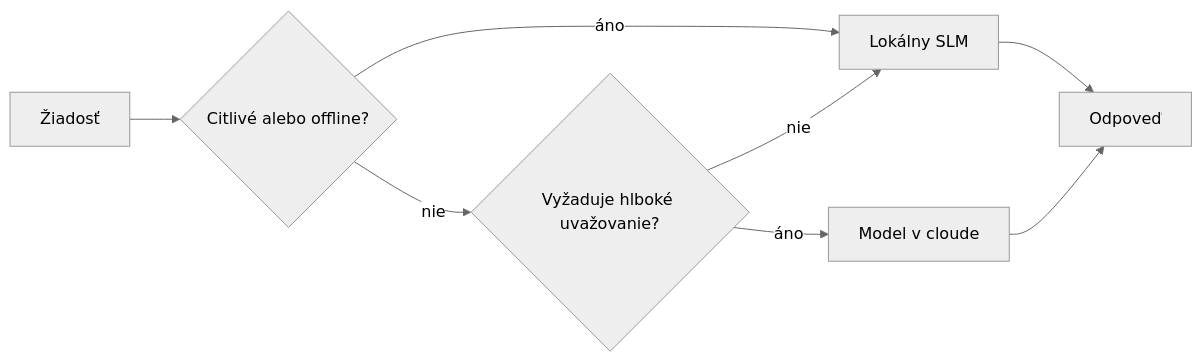
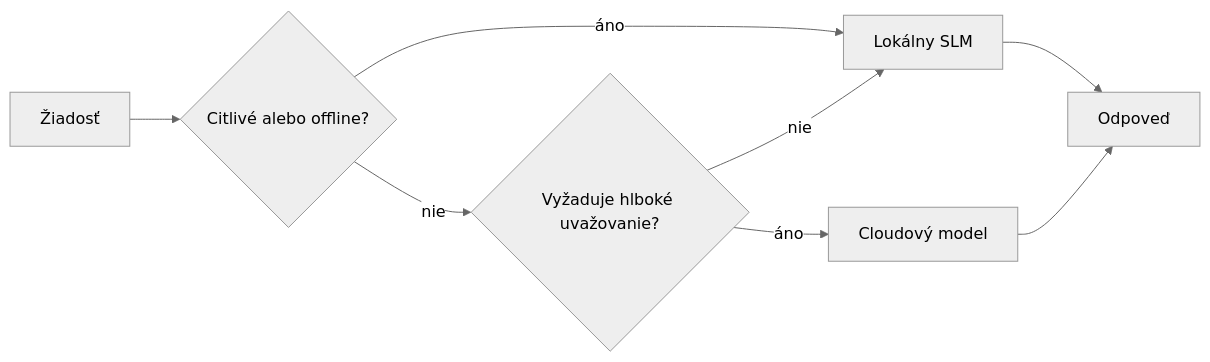
Before and after one commit to gabrielmoreira/agent-skills-mirror: the fourth of 4 diagrams in mirrors/repos/microsoft@ai-agents-for-beginners/translations/sk/17-creating-local-ai-agents/README.md, drawn with Mermaid (neutral theme). The commit also changed other lines of this file and 4262 other files, not shown here.

````diff
--- a/mirrors/repos/microsoft@ai-agents-for-beginners/translations/sk/17-creating-local-ai-agents/README.md
+++ b/mirrors/repos/microsoft@ai-agents-for-beginners/translations/sk/17-creating-local-ai-agents/README.md
@@ -156,10 +156,10 @@
 ```mermaid
 flowchart LR
     Q[Žiadosť] --> S{Citlivé alebo offline?}
     S -->|áno| L[Lokálny SLM]
     S -->|nie| C{Vyžaduje hlboké uvažovanie?}
     C -->|nie| L
-    C -->|áno| Cloud[Model v cloude]
+    C -->|áno| Cloud[Cloudový model]
     L --> Out[Odpoveď]
     Cloud --> Out
 ```
````
